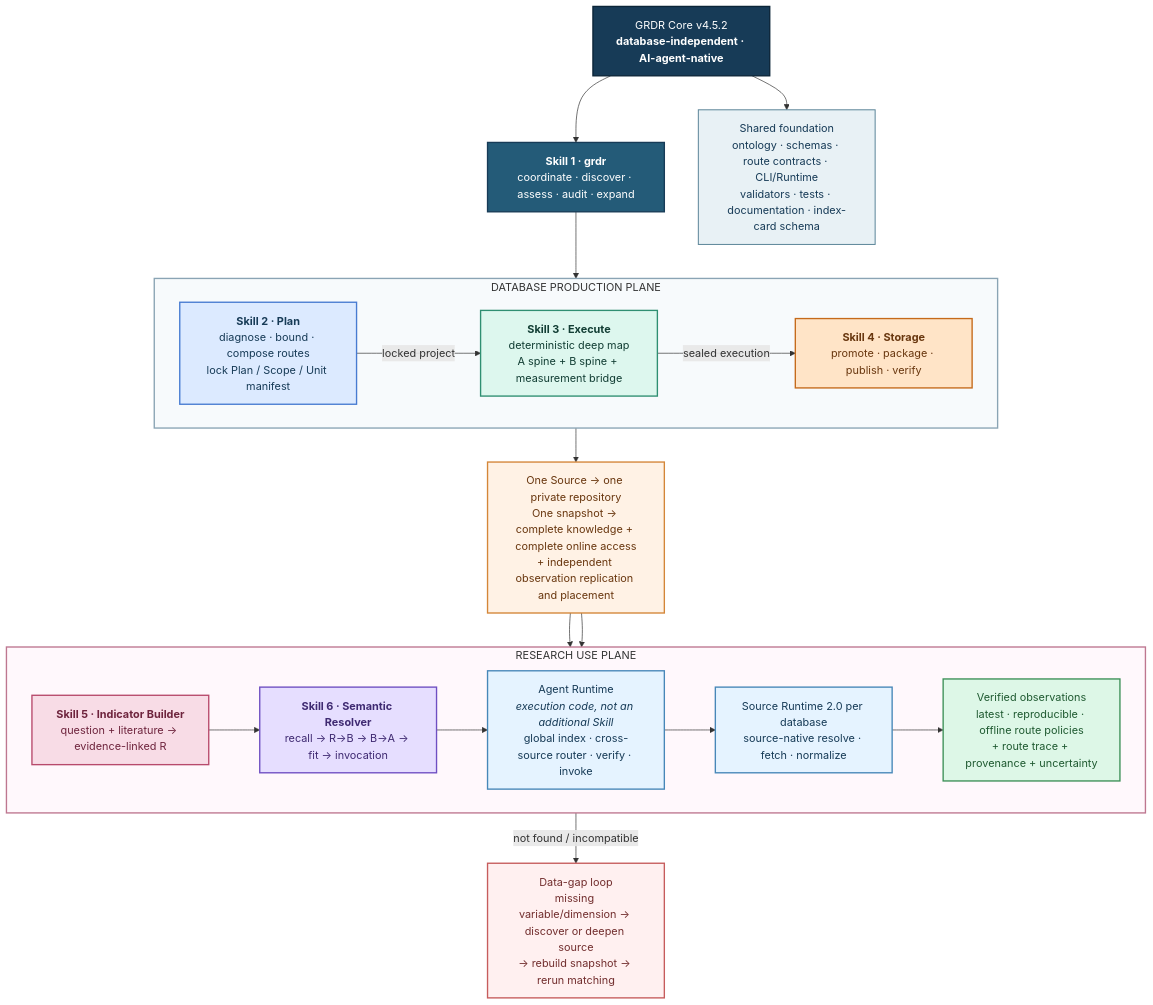
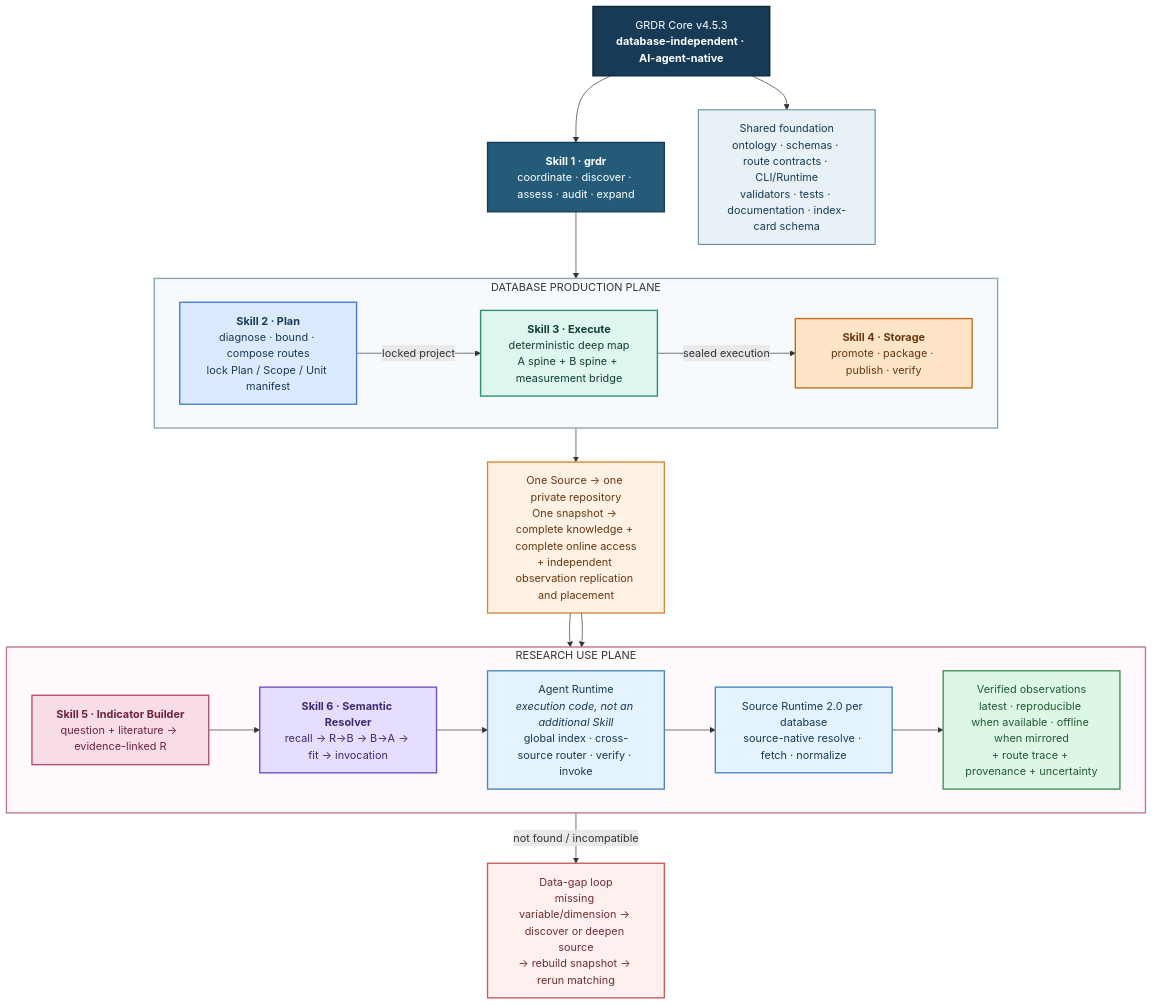
The first of 5 diagrams in README.md (yangyuezh/grdr-core-version-archive), drawn with Mermaid before and after one commit. The commit also changed other lines of this file and 10 other files, not shown here.

````diff
--- a/README.md
+++ b/README.md
@@ -30,51 +30,51 @@
 ```mermaid
 flowchart TB
-    CORE["GRDR Core v4.5.2<br/><b>database-independent · AI-agent-native</b>"]:::core
+    CORE["GRDR Core v4.5.3<br/><b>database-independent · AI-agent-native</b>"]:::core
     COORD["<b>Skill 1 · grdr</b><br/>coordinate · discover · assess · audit · expand"]:::coreSkill
     SHARED["Shared foundation<br/>ontology · schemas · route contracts · CLI/Runtime<br/>validators · tests · documentation · index-card schema"]:::shared
 
     subgraph PROD["DATABASE PRODUCTION PLANE"]
         direction LR
         PLAN_OV["<b>Skill 2 · Plan</b><br/>diagnose · bound · compose routes<br/>lock Plan / Scope / Unit manifest"]:::plan
         EXEC_OV["<b>Skill 3 · Execute</b><br/>deterministic deep map<br/>A spine + B spine + measurement bridge"]:::execute
         STORE_OV["<b>Skill 4 · Storage</b><br/>promote · package · publish · verify"]:::storage
         PLAN_OV -->|"locked project"| EXEC_OV -->|"sealed execution"| STORE_OV
     end
 
     SNAP["One Source → one private repository<br/>One snapshot → complete knowledge + complete online access<br/>+ independent observation replication and placement"]:::artifact
 
     subgraph USE["RESEARCH USE PLANE"]
         direction LR
         BUILD_OV["<b>Skill 5 · Indicator Builder</b><br/>question + literature → evidence-linked R"]:::research
         SEM_OV["<b>Skill 6 · Semantic Resolver</b><br/>recall → R→B → B→A → fit → invocation"]:::semantic
         RUN_OV["Agent Runtime<br/><i>execution code, not an additional Skill</i><br/>global index · cross-source router · verify · invoke"]:::runtime
         SOURCE_RUN_OV["Source Runtime 2.0 per database<br/>source-native resolve · fetch · normalize"]:::runtime
-        OUT_OV["Verified observations<br/>latest · reproducible · offline route policies<br/>+ route trace + provenance + uncertainty"]:::result
+        OUT_OV["Verified observations<br/>latest · reproducible when available · offline when mirrored<br/>+ route trace + provenance + uncertainty"]:::result
         BUILD_OV --> SEM_OV --> RUN_OV --> SOURCE_RUN_OV --> OUT_OV
     end
 
     GAP_OV["Data-gap loop<br/>missing variable/dimension → discover or deepen source<br/>→ rebuild snapshot → rerun matching"]:::gap
 
     CORE --> COORD
     CORE --> SHARED
     COORD --> PLAN_OV
     STORE_OV --> SNAP
     SNAP --> SEM_OV
     SNAP --> RUN_OV
     SEM_OV -->|"not found / incompatible"| GAP_OV
 
     classDef core fill:#173B57,stroke:#0B2538,color:#FFFFFF,stroke-width:2px;
     classDef coreSkill fill:#245B78,stroke:#173B57,color:#FFFFFF,stroke-width:2px;
     classDef shared fill:#E8F1F5,stroke:#5E879A,color:#173B57,stroke-width:1.5px;
     classDef plan fill:#DCEAFF,stroke:#477BD1,color:#173B57,stroke-width:2px;
     classDef execute fill:#DDF7EE,stroke:#2F8F72,color:#123E34,stroke-width:2px;
     classDef storage fill:#FFE4C7,stroke:#C56A1B,color:#69370F,stroke-width:2px;
     classDef artifact fill:#FFF2E5,stroke:#D48638,color:#69370F,stroke-width:2px;
     classDef research fill:#F8DCE6,stroke:#B84A6C,color:#6E243D,stroke-width:2px;
     classDef semantic fill:#E6DEFF,stroke:#6F4FC2,color:#3F2A72,stroke-width:2px;
     classDef runtime fill:#E5F3FF,stroke:#4787B8,color:#173B57,stroke-width:2px;
     classDef result fill:#DDF7E7,stroke:#3D9158,color:#1F5A31,stroke-width:2px;
     classDef gap fill:#FFF0F0,stroke:#C65C5C,color:#722E2E,stroke-width:2px;
     style PROD fill:#F7FAFC,stroke:#8AA4B4,stroke-width:2px
     style USE fill:#FFF8FC,stroke:#BE7790,stroke-width:2px
 ```
````
